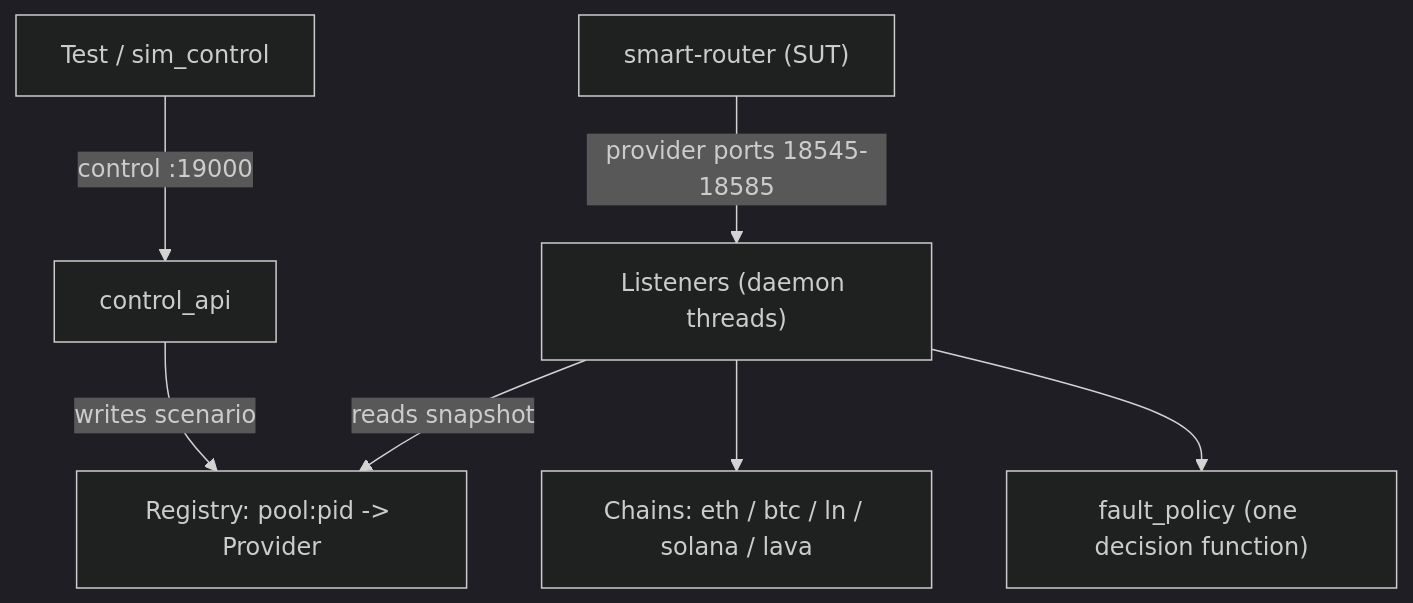
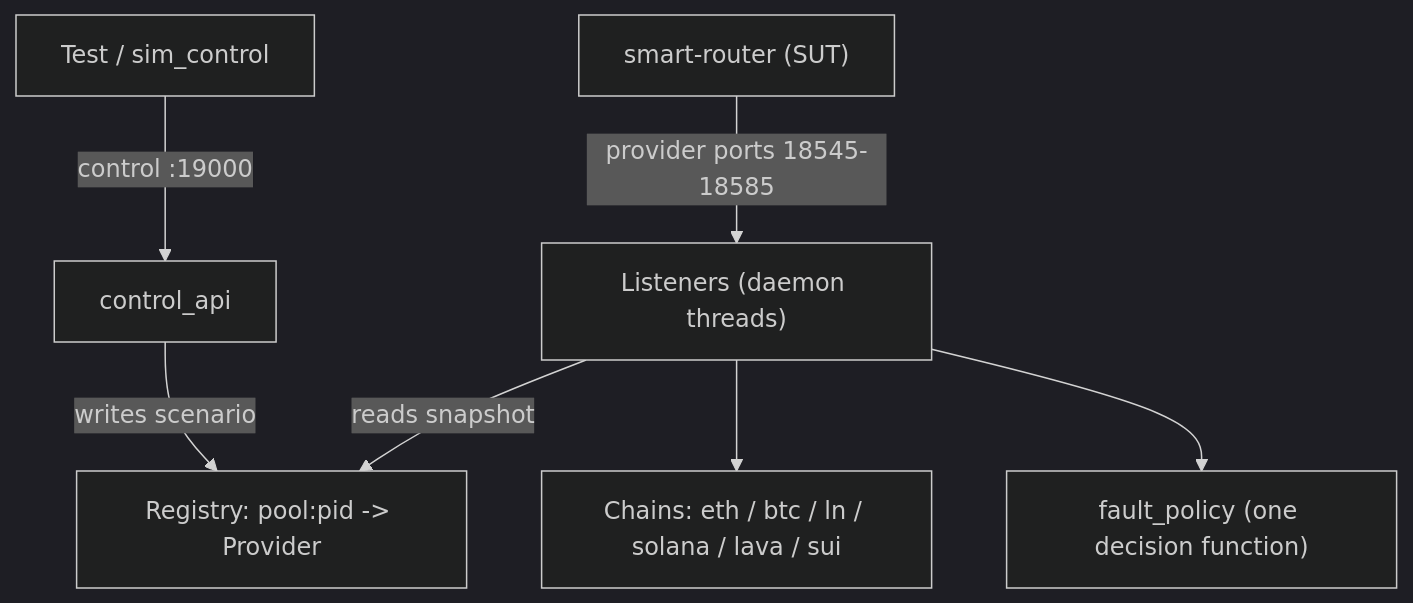
The diagram in README.md (Magma-Devs/provider-simulator), drawn with Mermaid (dark theme) before and after one commit. The commit also changed other lines of this file and 39 other files, not shown here.

First line of the commit message:
feat(graphql): a Sui GraphQL provider, with the faults that Sui scenarios need (#162)

````diff
--- a/README.md
+++ b/README.md
@@ -18,9 +18,9 @@
 ```mermaid
 flowchart TD
     T["Test / sim_control"] -->|"control :19000"| CTRL["control_api"]
     R["smart-router (SUT)"] -->|"provider ports 18545-18585"| LIS["Listeners (daemon threads)"]
     CTRL -->|"writes scenario"| REG["Registry: pool:pid -> Provider"]
     LIS -->|"reads snapshot"| REG
-    LIS --> CH["Chains: eth / btc / ln / solana / lava"]
+    LIS --> CH["Chains: eth / btc / ln / solana / lava / sui"]
     LIS --> FP["fault_policy (one decision function)"]
 ```
````
